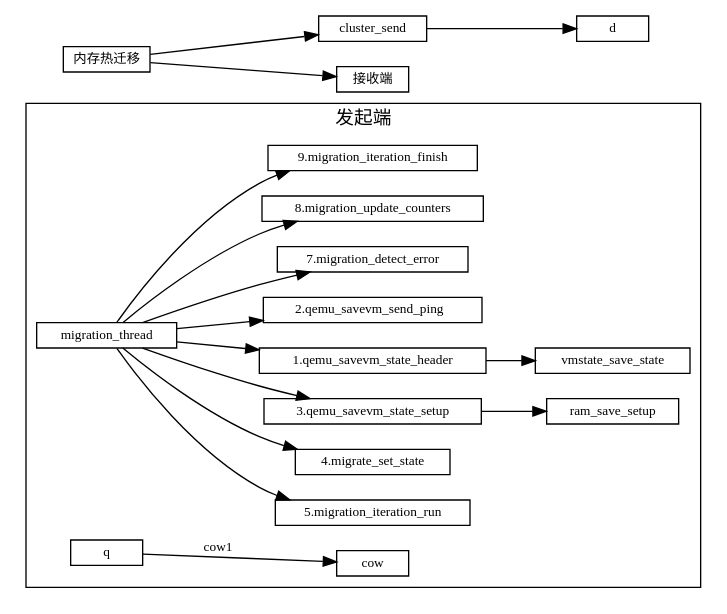
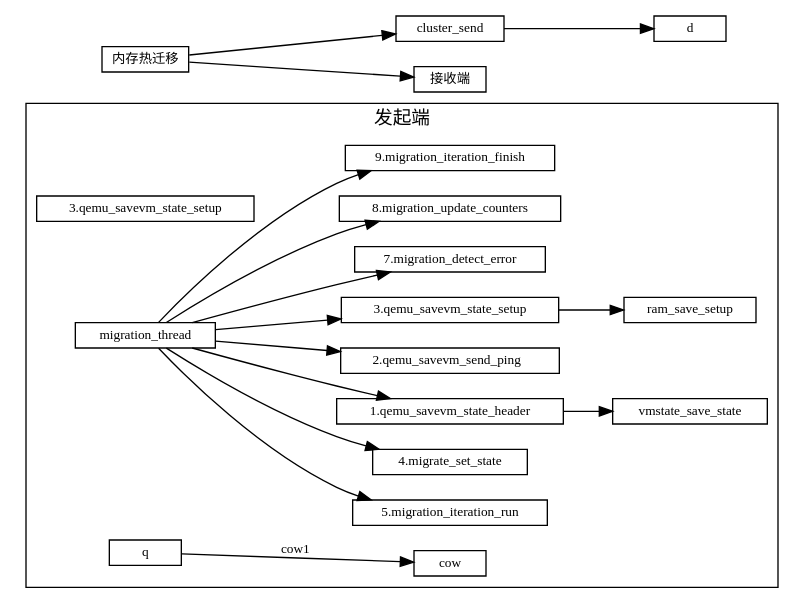
The diagram in 虚拟化/热迁移/1-内存热迁移.md (sisyphus1212/note), drawn with Graphviz before and after one commit.

Commit message:
auto_update

````diff
--- a/虚拟化/热迁移/1-内存热迁移.md
+++ b/虚拟化/热迁移/1-内存热迁移.md
@@ -11,37 +11,37 @@
 ```graphviz
 digraph {
 fontname="Helvetica,Arial,sans-serif"
 //node [fontname="Helvetica,Arial,sans-serif"]
 //edge [fontname="Helvetica,Arial,sans-serif"]
 rankdir="LR"
 node [fontsize=10, shape=record, height=0.25]
 edge [fontsize=10]
 
   subgraph send {
     cluster=true;
     label="发起端";
     migration_iteration_run[label="5.migration_iteration_run"];
     migrate_set_state[label="4.migrate_set_state"];
-    "3.qemu_savevm_state_setup"
+    qemu_savevm_state_setup[label="3.qemu_savevm_state_setup"]
     migration_thread -> "1.qemu_savevm_state_header"
                      -> vmstate_save_state;
     migration_thread -> "2.qemu_savevm_send_ping  ";
     migration_thread -> "3.qemu_savevm_state_setup"
                      ->   ram_save_setup;
     migration_thread ->  migrate_set_state;
     migration_thread ->  migration_iteration_run;
 
     migration_thread ->  "7.migration_detect_error";
     migration_thread ->  "8.migration_update_counters";
     migration_thread ->  "9.migration_iteration_finish";
 
     q -> cow[label="cow1"];
   }
 
 内存热迁移 [label="内存热迁移"]
 内存热迁移 -> cluster_send
            -> d
 
 内存热迁移 -> 接收端
 }
 ```
````
